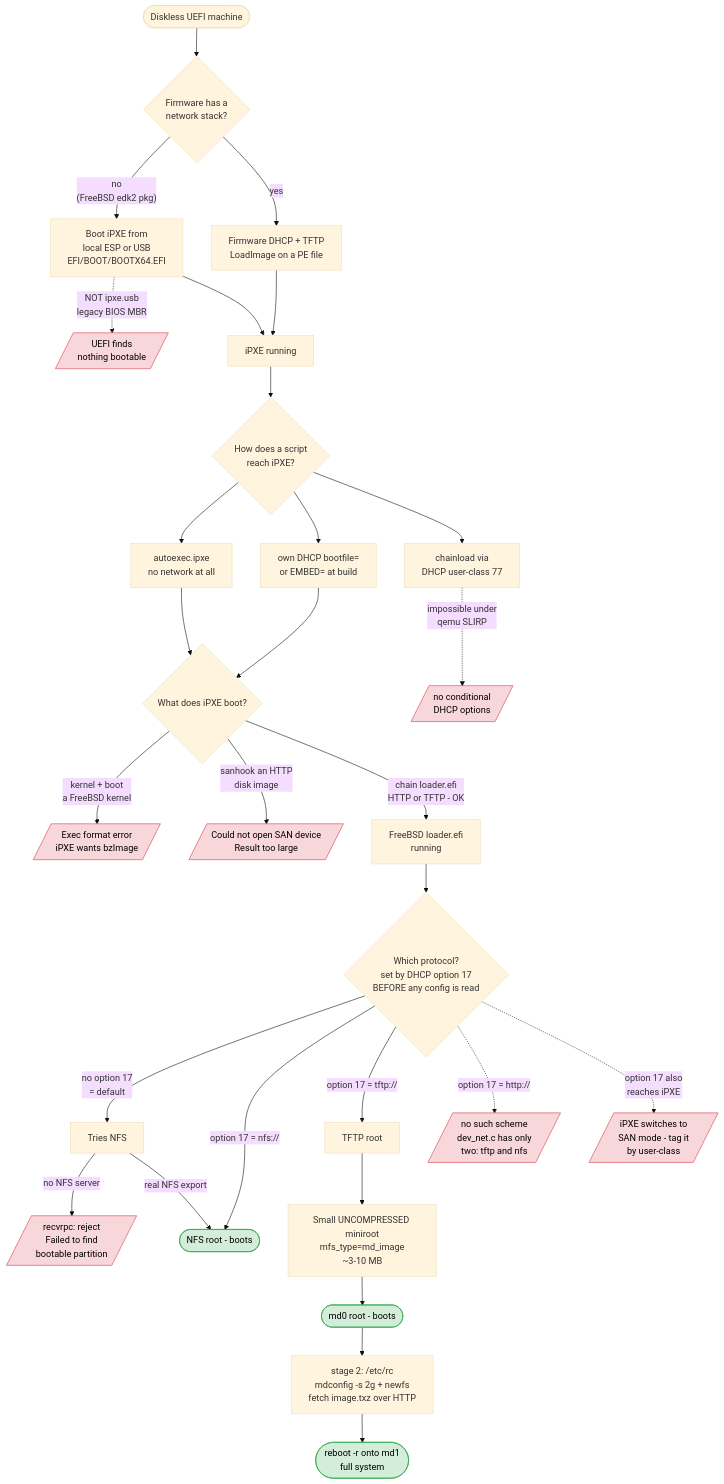
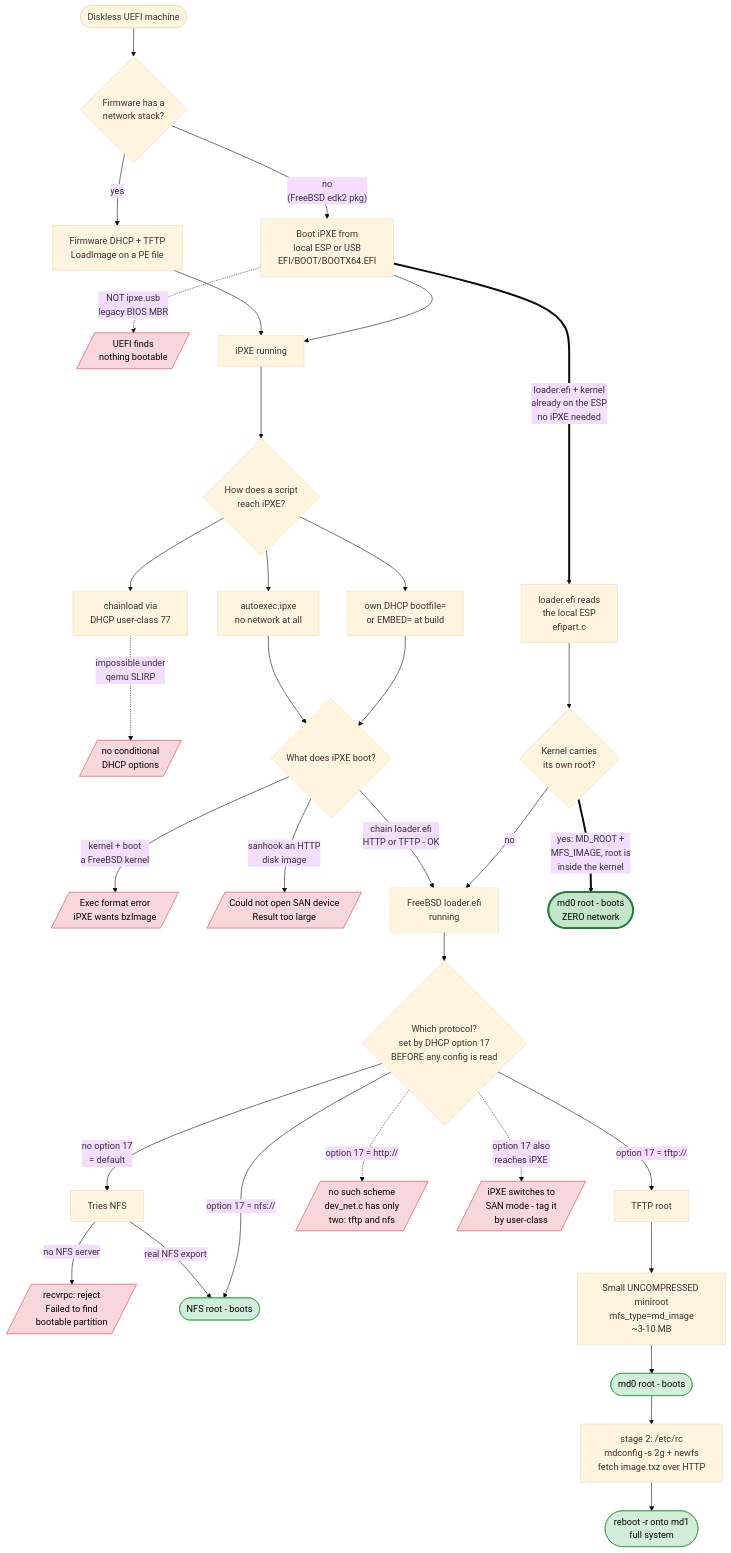
Before and after one commit to ocochard/myscripts: the fourth of 4 diagrams in FreeBSD/iPXE.md, drawn with Mermaid (base theme). The commit also changed other lines of this file and 3 other files, not shown here.

````diff
--- a/FreeBSD/iPXE.md
+++ b/FreeBSD/iPXE.md
@@ -1232,52 +1396,58 @@
 ```mermaid
 flowchart TD
     START([Diskless UEFI machine]) --> Q1{Firmware has a<br/>network stack?}
 
     Q1 -- "no<br/>(FreeBSD edk2 pkg)" --> ESP[Boot iPXE from<br/>local ESP or USB<br/>EFI/BOOT/BOOTX64.EFI]
     Q1 -- yes --> FWNET[Firmware DHCP + TFTP<br/>LoadImage on a PE file]
 
     ESP -.->|"NOT ipxe.usb<br/>legacy BIOS MBR"| X0[/UEFI finds<br/>nothing bootable/]
     FWNET --> IPXE
     ESP --> IPXE[iPXE running]
 
     IPXE --> SCRIPT{How does a script<br/>reach iPXE?}
     SCRIPT --> S1["autoexec.ipxe<br/>no network at all"]
     SCRIPT --> S2["own DHCP bootfile=<br/>or EMBED= at build"]
     SCRIPT --> S3["chainload via<br/>DHCP user-class 77"]
     S3 -.->|"impossible under<br/>qemu SLIRP"| X1[/no conditional<br/>DHCP options/]
 
     S1 --> PAY{What does iPXE boot?}
     S2 --> PAY
 
     PAY -->|"kernel + boot<br/>a FreeBSD kernel"| X2[/Exec format error<br/>iPXE wants bzImage/]
     PAY -->|"sanhook an HTTP<br/>disk image"| X3[/Could not open SAN device<br/>Result too large/]
     PAY -->|"chain loader.efi<br/>HTTP or TFTP - OK"| LOADER[FreeBSD loader.efi<br/>running]
 
+    ESP ==>|"loader.efi + kernel<br/>already on the ESP<br/>no iPXE needed"| LOCAL[loader.efi reads<br/>the local ESP<br/>efipart.c]
+    LOCAL --> Q3{Kernel carries<br/>its own root?}
+    Q3 -->|"no"| LOADER
+    Q3 ==>|"yes: MD_ROOT +<br/>MFS_IMAGE, root is<br/>inside the kernel"| OK4([md0 root - boots<br/>ZERO network])
+
     LOADER --> Q2{"Which protocol?<br/>set by DHCP option 17<br/>BEFORE any config is read"}
 
     Q2 -->|"no option 17<br/>= default"| NFSDEF[Tries NFS]
     NFSDEF -->|"no NFS server"| X4[/recvrpc: reject<br/>Failed to find<br/>bootable partition/]
     NFSDEF -->|"real NFS export"| OK1([NFS root - boots])
 
     Q2 -->|"option 17 = nfs://"| OK1
     Q2 -->|"option 17 = tftp://"| TFTPR[TFTP root]
     Q2 -.->|"option 17 = http://"| X5[/no such scheme<br/>dev_net.c has only<br/>two: tftp and nfs/]
 
     TFTPR --> MINI["Small UNCOMPRESSED miniroot<br/>mfs_type=md_image<br/>~3-10 MB"]
     MINI --> OK2([md0 root - boots])
     OK2 --> STAGE2["stage 2: /etc/rc<br/>mdconfig -s 2g + newfs<br/>fetch image.txz over HTTP"]
     STAGE2 --> OK3([reboot -r onto md1<br/>full system])
 
     Q2 -.->|"option 17 also<br/>reaches iPXE"| X6[/iPXE switches to<br/>SAN mode - tag it<br/>by user-class/]
 
     style OK1 fill:#d4edda,stroke:#28a745,color:#000
     style OK2 fill:#d4edda,stroke:#28a745,color:#000
     style OK3 fill:#d4edda,stroke:#28a745,color:#000
+    style OK4 fill:#c3e6cb,stroke:#1e7e34,stroke-width:3px,color:#000
     style X0 fill:#f8d7da,stroke:#dc3545,color:#000
     style X1 fill:#f8d7da,stroke:#dc3545,color:#000
     style X2 fill:#f8d7da,stroke:#dc3545,color:#000
     style X3 fill:#f8d7da,stroke:#dc3545,color:#000
     style X4 fill:#f8d7da,stroke:#dc3545,color:#000
     style X5 fill:#f8d7da,stroke:#dc3545,color:#000
     style X6 fill:#f8d7da,stroke:#dc3545,color:#000
 ```
````
